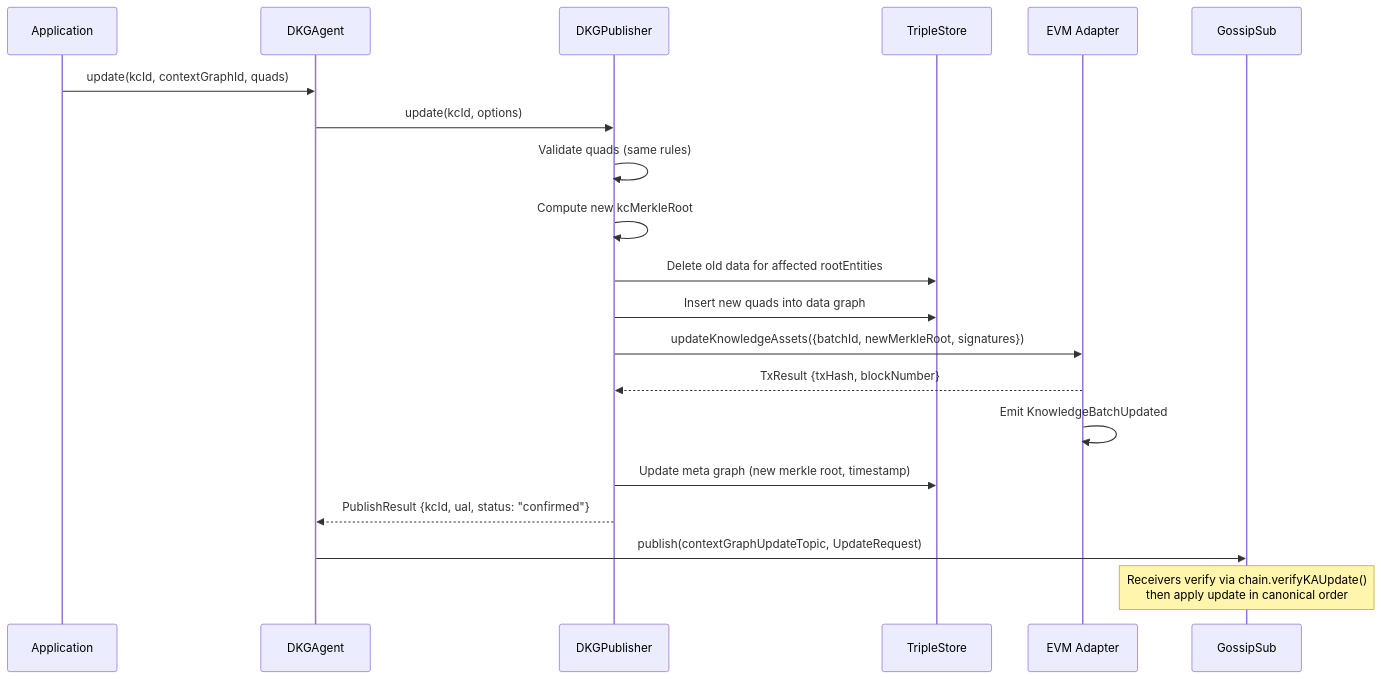
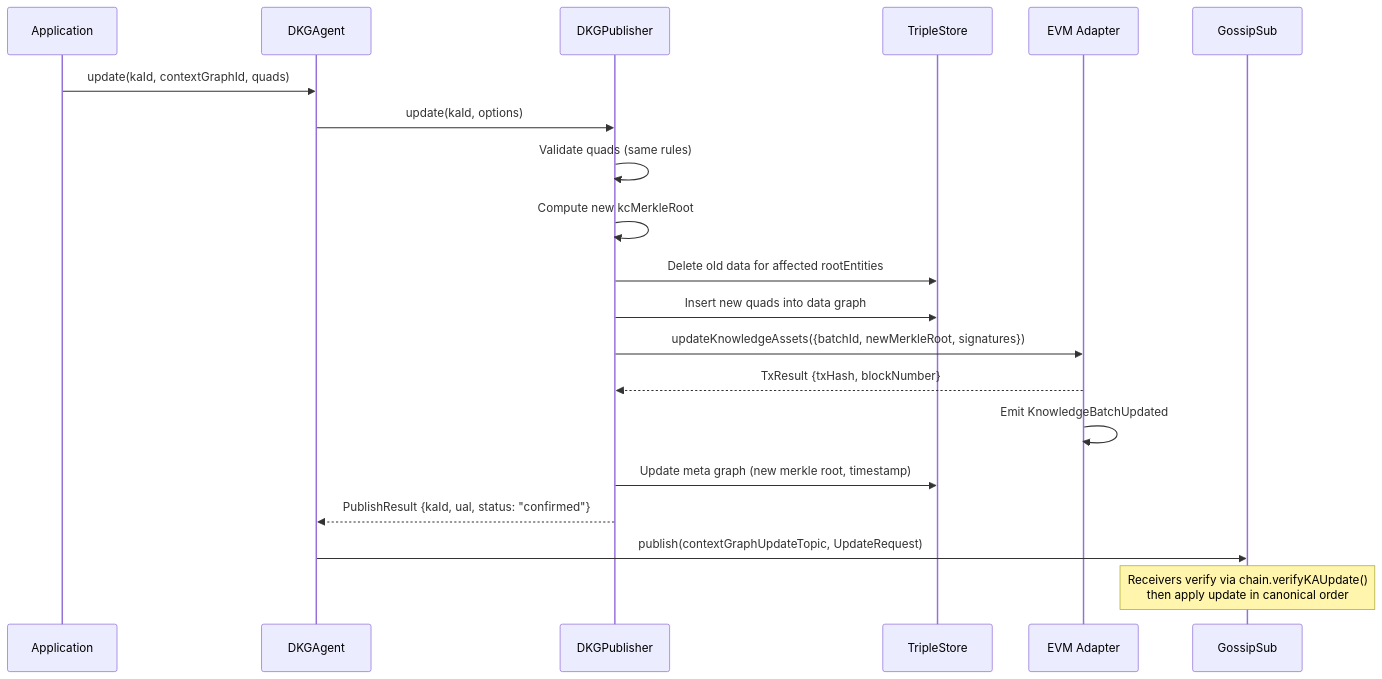
The seventh of 15 diagrams in docs/v9-protocol-operations.md (KilianTrunk/dkg), drawn with Mermaid before and after one commit. The commit also changed other lines of this file and 122 other files, not shown here.

````diff
--- a/docs/v9-protocol-operations.md
+++ b/docs/v9-protocol-operations.md
@@ -726,30 +726,30 @@
 ```mermaid
 sequenceDiagram
     participant App as Application
     participant Agent as DKGAgent
     participant Pub as DKGPublisher
     participant Store as TripleStore
     participant Chain as EVM Adapter
     participant GS as GossipSub
 
-    App->>Agent: update(kcId, contextGraphId, quads)
+    App->>Agent: update(kaId, contextGraphId, quads)
 
-    Agent->>Pub: update(kcId, options)
+    Agent->>Pub: update(kaId, options)
 
     Pub->>Pub: Validate quads (same rules)
     Pub->>Pub: Compute new kcMerkleRoot
 
     Pub->>Store: Delete old data for affected rootEntities
     Pub->>Store: Insert new quads into data graph
 
     Pub->>Chain: updateKnowledgeAssets({batchId, newMerkleRoot, signatures})
     Chain-->>Pub: TxResult {txHash, blockNumber}
     Chain->>Chain: Emit KnowledgeBatchUpdated
 
     Pub->>Store: Update meta graph (new merkle root, timestamp)
-    Pub-->>Agent: PublishResult {kcId, ual, status: "confirmed"}
+    Pub-->>Agent: PublishResult {kaId, ual, status: "confirmed"}
 
     Agent->>GS: publish(contextGraphUpdateTopic, UpdateRequest)
 
     Note over GS: Receivers verify via chain.verifyKAUpdate()<br/>then apply update in canonical order
 ```
````
